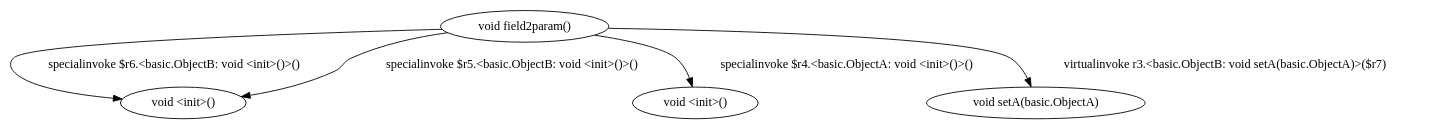
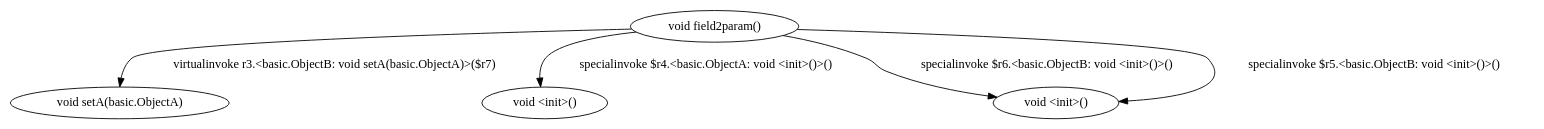
One commit to SeanCoek/zString changed the diagram in dot/<assignment.BasicAssignment: void field2param()>.dot. Above: the diagram before and after it, drawn with Graphviz. The commit also changed other lines of this file and 351 other files, not shown here.

```diff
--- a/dot/<assignment.BasicAssignment: void field2param()>.dot
+++ b/dot/<assignment.BasicAssignment: void field2param()>.dot
@@ -1,10 +1,10 @@
 digraph g {
+1[label="void setA(basic.ObjectA)"]
+3[label="void <init>()"]
 0[label="void field2param()"]
 2[label="void <init>()"]
-3[label="void <init>()"]
-1[label="void setA(basic.ObjectA)"]
 0->1[label="virtualinvoke r3.<basic.ObjectB: void setA(basic.ObjectA)>($r7)"]
 0->2[label="specialinvoke $r6.<basic.ObjectB: void <init>()>()"]
 0->2[label="specialinvoke $r5.<basic.ObjectB: void <init>()>()"]
 0->3[label="specialinvoke $r4.<basic.ObjectA: void <init>()>()"]
 }
```
